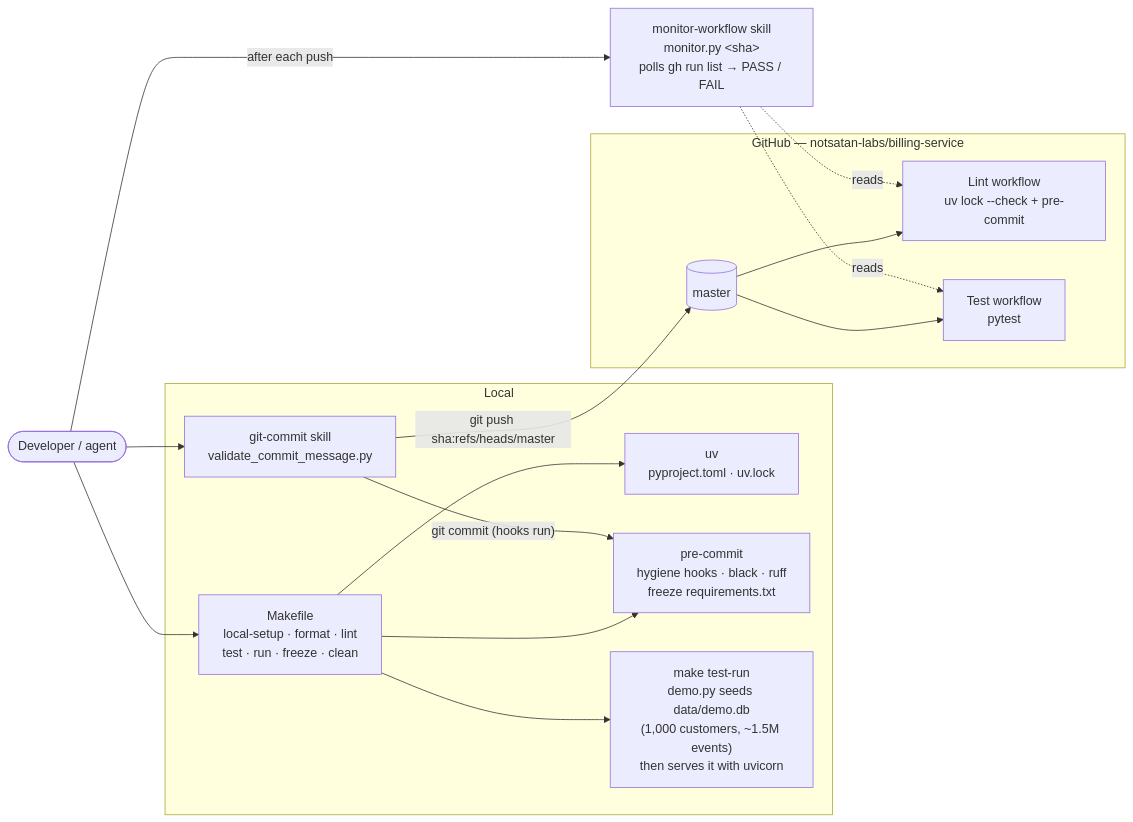
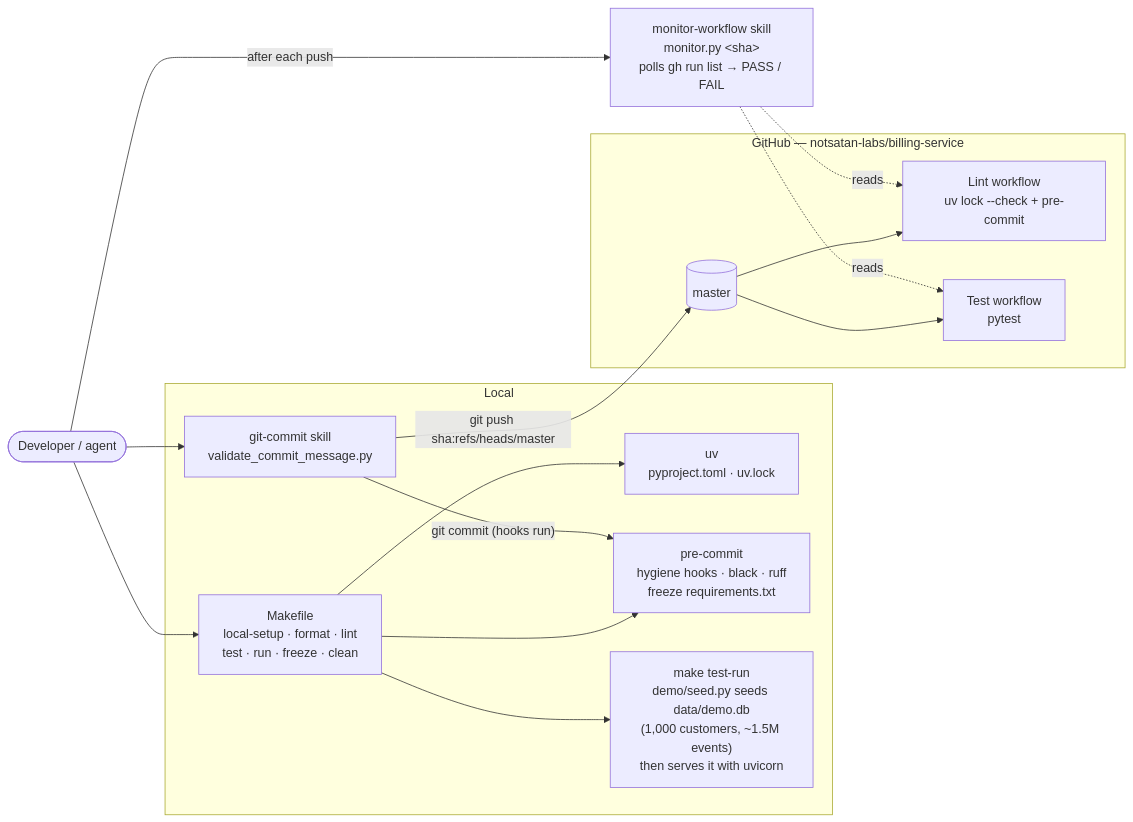
Before and after one commit to notsatan-labs/billing-service: the fourth of 4 diagrams in docs/ARCHITECTURE.md, drawn with Mermaid. The commit also changed other lines of this file and 39 other files, not shown here.

````diff
--- a/docs/ARCHITECTURE.md
+++ b/docs/ARCHITECTURE.md
@@ -113,28 +113,28 @@
 ```mermaid
 flowchart LR
     dev([Developer / agent])
     subgraph local["Local"]
         make["Makefile<br/>local-setup · format · lint<br/>test · run · freeze · clean"]
         uv["uv<br/>pyproject.toml · uv.lock"]
         pc["pre-commit<br/>hygiene hooks · black · ruff<br/>freeze requirements.txt"]
         commit["git-commit skill<br/>validate_commit_message.py"]
-        demo["make test-run<br/>demo.py seeds data/demo.db<br/>(1,000 customers, ~1.5M events)<br/>then serves it with uvicorn"]
+        demo["make test-run<br/>demo/seed.py seeds data/demo.db<br/>(1,000 customers, ~1.5M events)<br/>then serves it with uvicorn"]
     end
     subgraph gh["GitHub — notsatan-labs/billing-service"]
         master[(master)]
         lint["Lint workflow<br/>uv lock --check + pre-commit"]
         test["Test workflow<br/>pytest"]
     end
     monitor["monitor-workflow skill<br/>monitor.py &lt;sha&gt;<br/>polls gh run list → PASS / FAIL"]
 
     dev --> make --> uv
     make --> pc
     make --> demo
     dev --> commit -->|"git commit (hooks run)"| pc
     commit -->|"git push sha:refs/heads/master"| master
     master --> lint
     master --> test
     dev -->|"after each push"| monitor
     monitor -.reads.-> lint
     monitor -.reads.-> test
 ```
````
